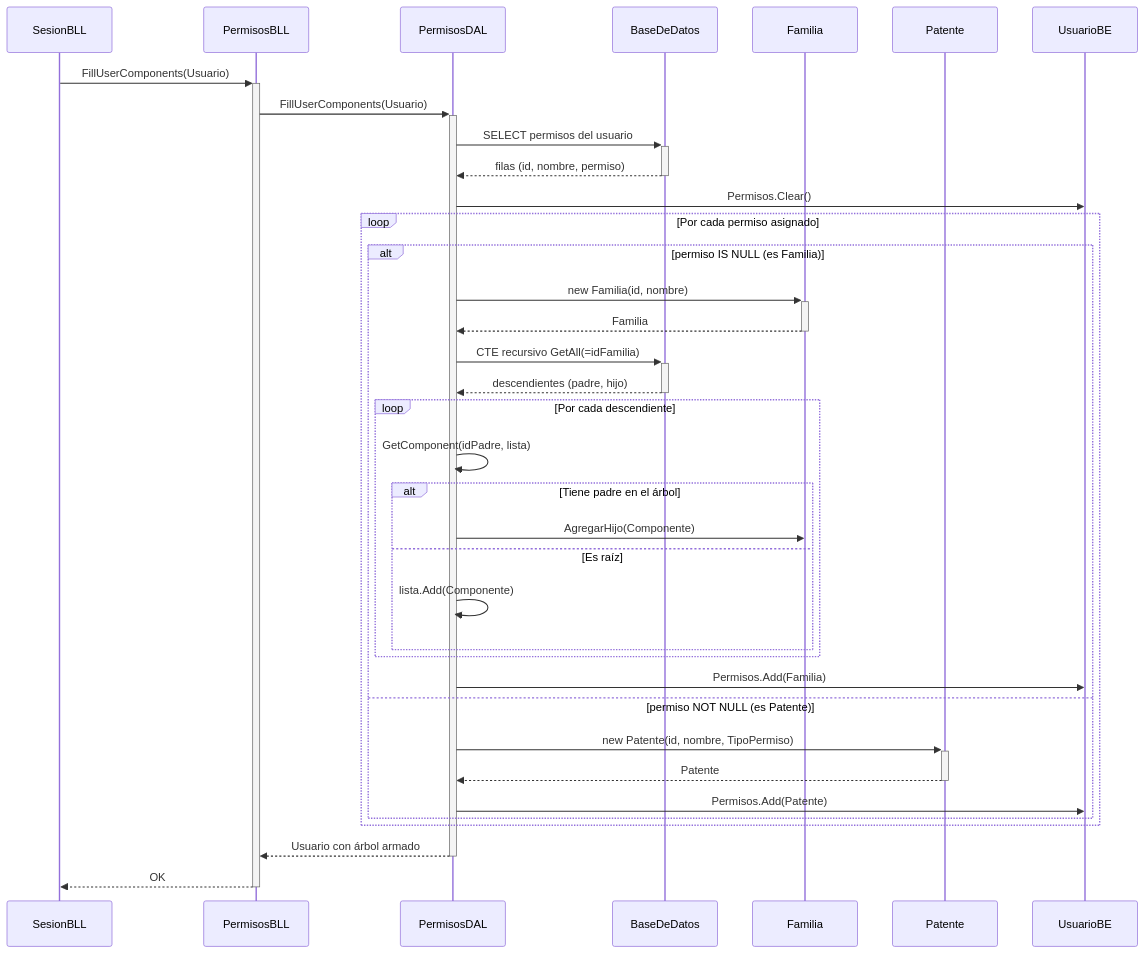
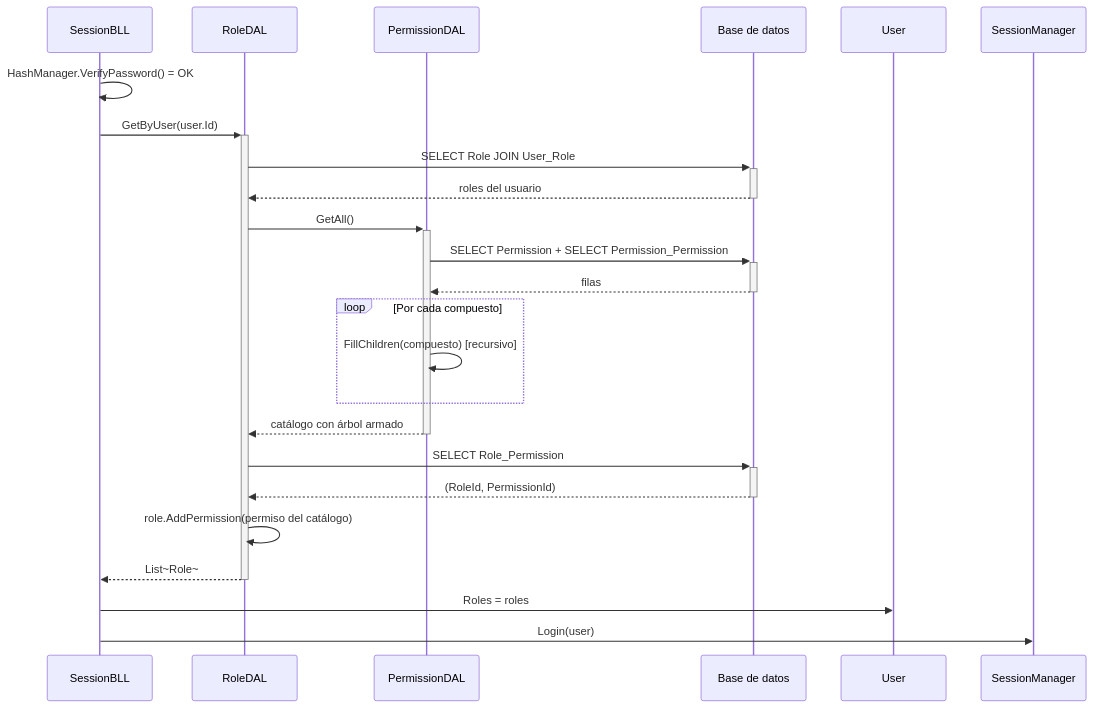
Before and after one commit to UAINahueLeandroDefeudi/uai-ing-soft: the first of 4 diagrams in docs/ERS - Especificación de Requerimientos Software/DS - Diagramas de secuencia/DS-permisos-composite.md, drawn with Mermaid. The commit also changed other lines of this file and 48 other files, not shown here.

````diff
--- a/docs/ERS - Especificación de Requerimientos Software/DS - Diagramas de secuencia/DS-permisos-composite.md
+++ b/docs/ERS - Especificación de Requerimientos Software/DS - Diagramas de secuencia/DS-permisos-composite.md
@@ -10,41 +12,27 @@
 ```mermaid
 sequenceDiagram
-    participant SBLL as SesionBLL
-    participant PBLL as PermisosBLL
-    participant DAL as PermisosDAL
-    participant BD as BaseDeDatos
-    participant Fam as Familia
-    participant Pat as Patente
-    participant U as UsuarioBE
+    participant SBLL as SessionBLL
+    participant RDAL as RoleDAL
+    participant PDAL as PermissionDAL
+    participant BD as Base de datos
+    participant U as User
+    participant SM as SessionManager
 
-    SBLL->>+PBLL: FillUserComponents(Usuario)
-    PBLL->>+DAL: FillUserComponents(Usuario)
-    DAL->>+BD: SELECT permisos del usuario
-    BD-->>-DAL: filas (id, nombre, permiso)
-    DAL->>U: Permisos.Clear()
-
-    loop Por cada permiso asignado
-        alt permiso IS NULL (es Familia)
-            DAL->>+Fam: new Familia(id, nombre)
-            Fam-->>-DAL: Familia
-            DAL->>+BD: CTE recursivo GetAll(=idFamilia)
-            BD-->>-DAL: descendientes (padre, hijo)
-            loop Por cada descendiente
-                DAL->>DAL: GetComponent(idPadre, lista)
-                alt Tiene padre en el árbol
-                    DAL->>Fam: AgregarHijo(Componente)
-                else Es raíz
-                    DAL->>DAL: lista.Add(Componente)
-                end
-            end
-            DAL->>U: Permisos.Add(Familia)
-        else permiso NOT NULL (es Patente)
-            DAL->>+Pat: new Patente(id, nombre, TipoPermiso)
-            Pat-->>-DAL: Patente
-            DAL->>U: Permisos.Add(Patente)
-        end
+    SBLL->>SBLL: HashManager.VerifyPassword() = OK
+    SBLL->>+RDAL: GetByUser(user.Id)
+    RDAL->>+BD: SELECT Role JOIN User_Role
+    BD-->>-RDAL: roles del usuario
+    RDAL->>+PDAL: GetAll()
+    PDAL->>+BD: SELECT Permission + SELECT Permission_Permission
+    BD-->>-PDAL: filas
+    loop Por cada compuesto
+        PDAL->>PDAL: FillChildren(compuesto) [recursivo]
     end
-
-    DAL-->>-PBLL: Usuario con árbol armado
-    PBLL-->>-SBLL: OK
+    PDAL-->>-RDAL: catálogo con árbol armado
+    RDAL->>+BD: SELECT Role_Permission
+    BD-->>-RDAL: (RoleId, PermissionId)
+    RDAL->>RDAL: role.AddPermission(permiso del catálogo)
+    RDAL-->>-SBLL: List~Role~
+    SBLL->>U: Roles = roles
+    SBLL->>SM: Login(user)
 ```
````
